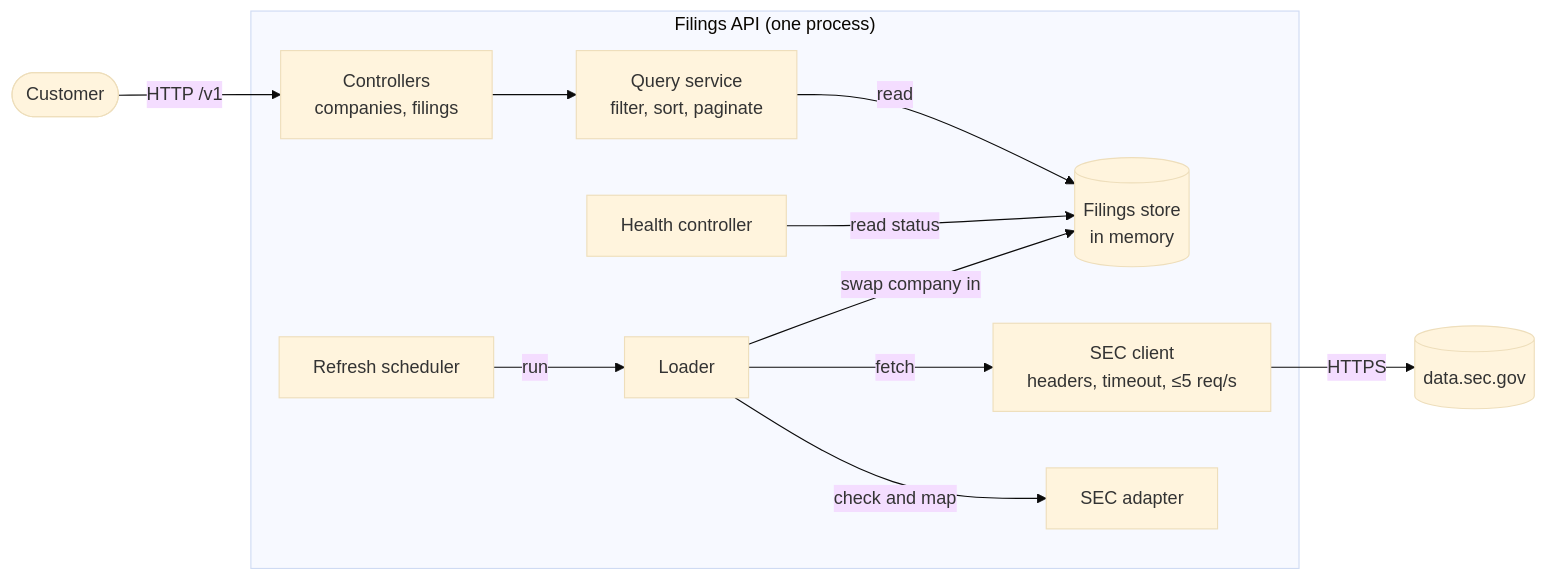
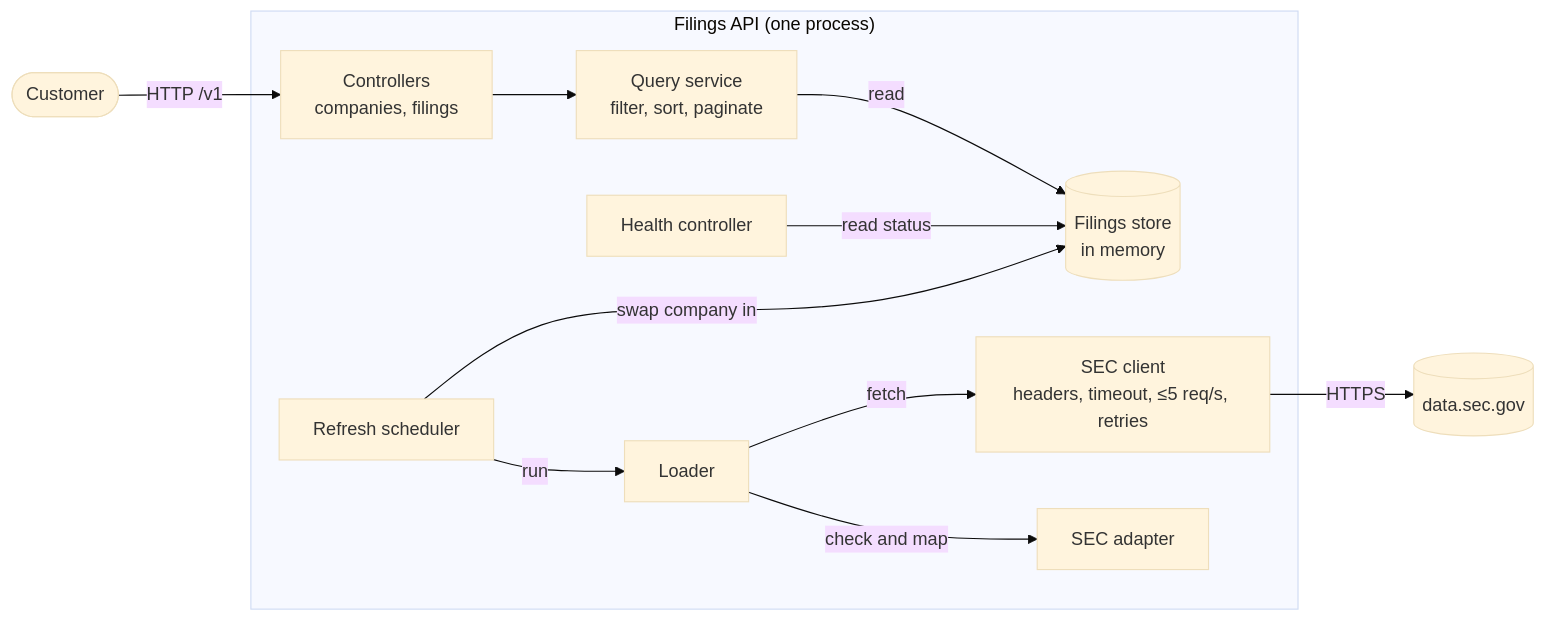
Before and after one commit to mostofakamal/edgar-filings-api: the first of 3 diagrams in docs/specs/2026-11-20-filings-api-core.md, drawn with Mermaid (base theme). The commit also changed other lines of this file and 7 other files, not shown here.

````diff
--- a/docs/specs/2026-11-20-filings-api-core.md
+++ b/docs/specs/2026-11-20-filings-api-core.md
@@ -131,16 +132,16 @@
 ```mermaid
 flowchart LR
     Customer([Customer]) -->|HTTP /v1| API
 
     subgraph Service["Filings API (one process)"]
         API["Controllers<br/>companies, filings"] --> Query["Query service<br/>filter, sort, paginate"]
         Query -->|read| Store[("Filings store<br/>in memory")]
         Health["Health controller"] -->|read status| Store
         Scheduler["Refresh scheduler"] -->|run| Loader["Loader"]
-        Loader -->|fetch| Client["SEC client<br/>headers, timeout, ≤5 req/s"]
+        Loader -->|fetch| Client["SEC client<br/>headers, timeout, ≤5 req/s, retries"]
         Loader -->|check and map| Adapter["SEC adapter"]
-        Loader -->|swap company in| Store
+        Scheduler -->|swap company in| Store
     end
 
     Client -->|HTTPS| SEC[(data.sec.gov)]
 ```
````
